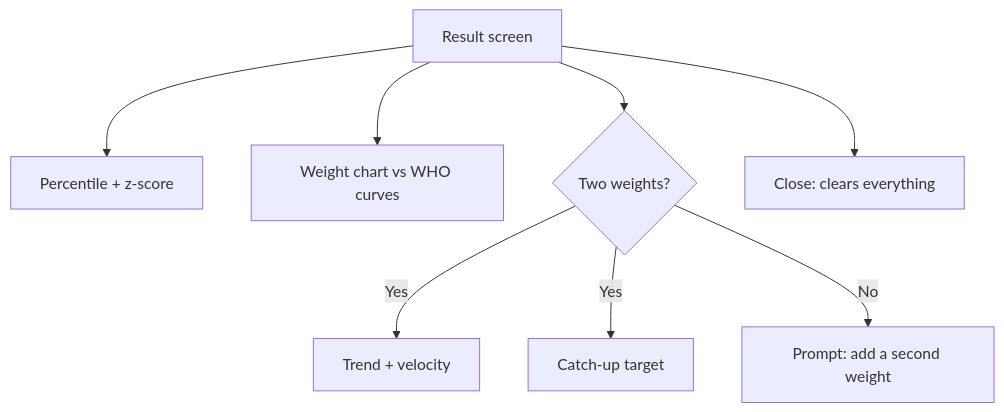
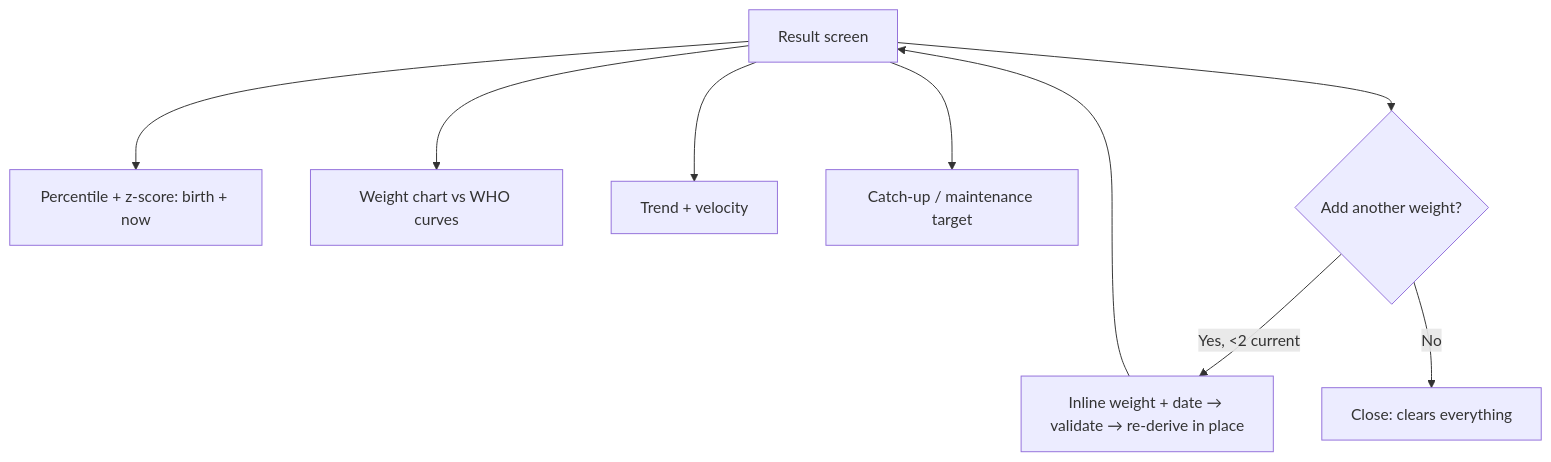
The second of 2 diagrams in docs/PRD-clinic-mode.md (yuvsh/growUp), drawn with Mermaid before and after one commit. The commit also changed other lines of this file and 26 other files, not shown here.

````diff
--- a/docs/PRD-clinic-mode.md
+++ b/docs/PRD-clinic-mode.md
@@ -158,10 +159,11 @@
 ```mermaid
 flowchart TD
-  A[Result screen] --> B[Percentile + z-score]
+  A[Result screen] --> B[Percentile + z-score: birth + now]
   A --> C[Weight chart vs WHO curves]
-  A --> D{Two weights?}
-  D -->|Yes| E[Trend + velocity]
-  D -->|Yes| F[Catch-up target]
-  D -->|No| G[Prompt: add a second weight]
-  A --> H[Close: clears everything]
+  A --> D[Trend + velocity]
+  A --> E[Catch-up / maintenance target]
+  A --> F{Add another weight?}
+  F -->|Yes, <2 current| G[Inline weight + date → validate → re-derive in place]
+  F -->|No| H[Close: clears everything]
+  G --> A
 ```
````
